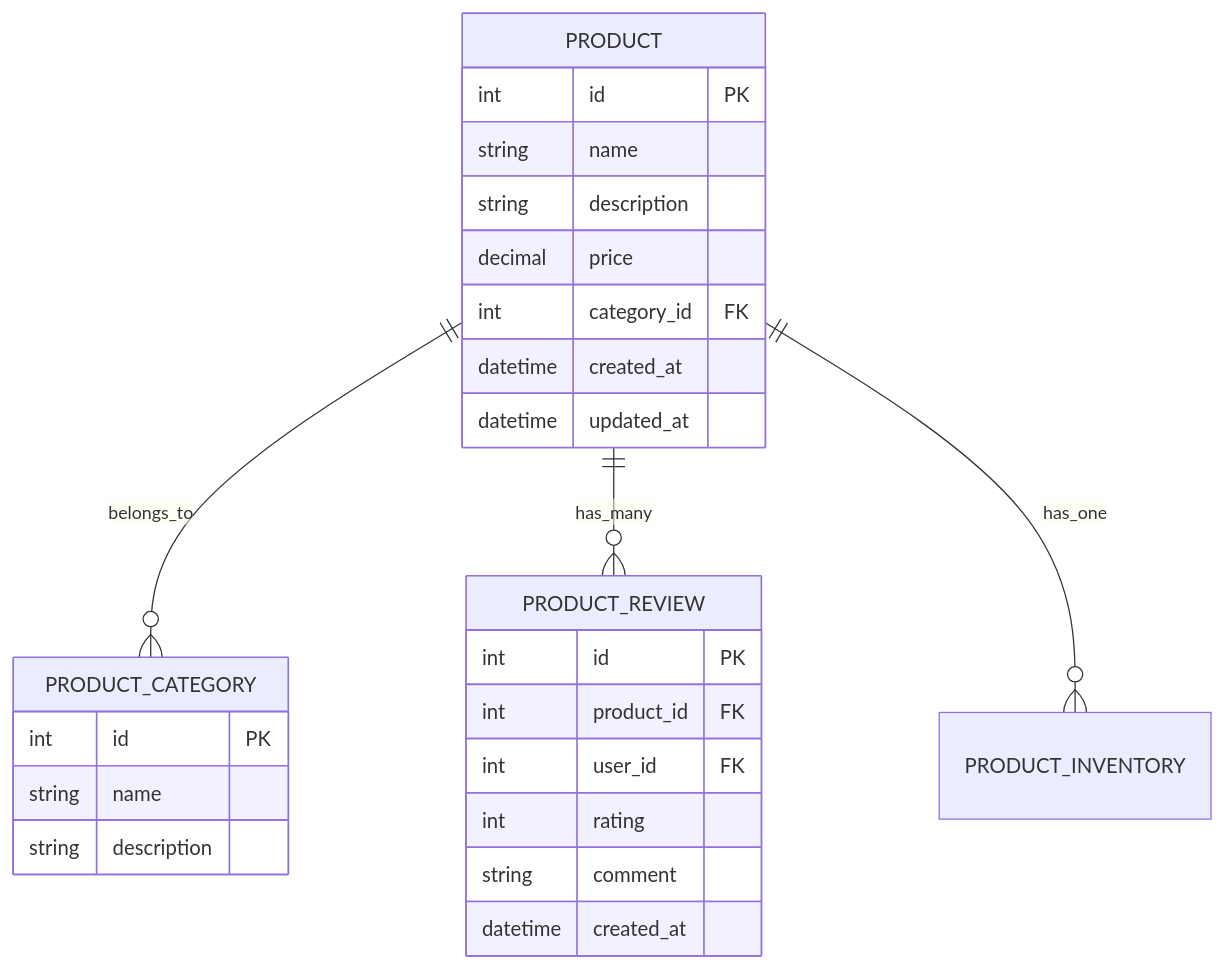
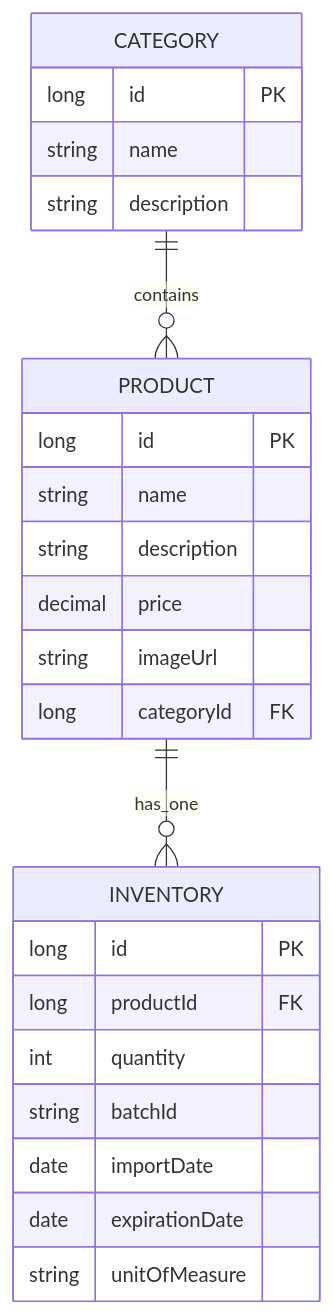
The third of 8 diagrams in README.md (nhattVim/FruitShopSOA), drawn with Mermaid before and after one commit. The commit also changed other lines of this file, not shown here.

Commit message:
feat: Update README with detailed system architecture and service descriptions

````diff
--- a/README.md
+++ b/README.md
@@ -246,31 +306,30 @@
 ```mermaid
 erDiagram
-    PRODUCT ||--o{ PRODUCT_CATEGORY : belongs_to
-    PRODUCT ||--o{ PRODUCT_REVIEW : has_many
-    PRODUCT ||--o{ PRODUCT_INVENTORY : has_one
-    
+    CATEGORY ||--o{ PRODUCT : contains
+    PRODUCT ||--o{ INVENTORY : has_one
+
     PRODUCT {
-        int id PK
+        long id PK
         string name
         string description
         decimal price
-        int category_id FK
-        datetime created_at
-        datetime updated_at
+        string imageUrl
+        long categoryId FK
     }
-    
-    PRODUCT_CATEGORY {
-        int id PK
+
+    CATEGORY {
+        long id PK
         string name
         string description
     }
-    
-    PRODUCT_REVIEW {
-        int id PK
-        int product_id FK
-        int user_id FK
-        int rating
-        string comment
-        datetime created_at
+
+    INVENTORY {
+        long id PK
+        long productId FK
+        int quantity
+        string batchId
+        date importDate
+        date expirationDate
+        string unitOfMeasure
     }
 ```
````
